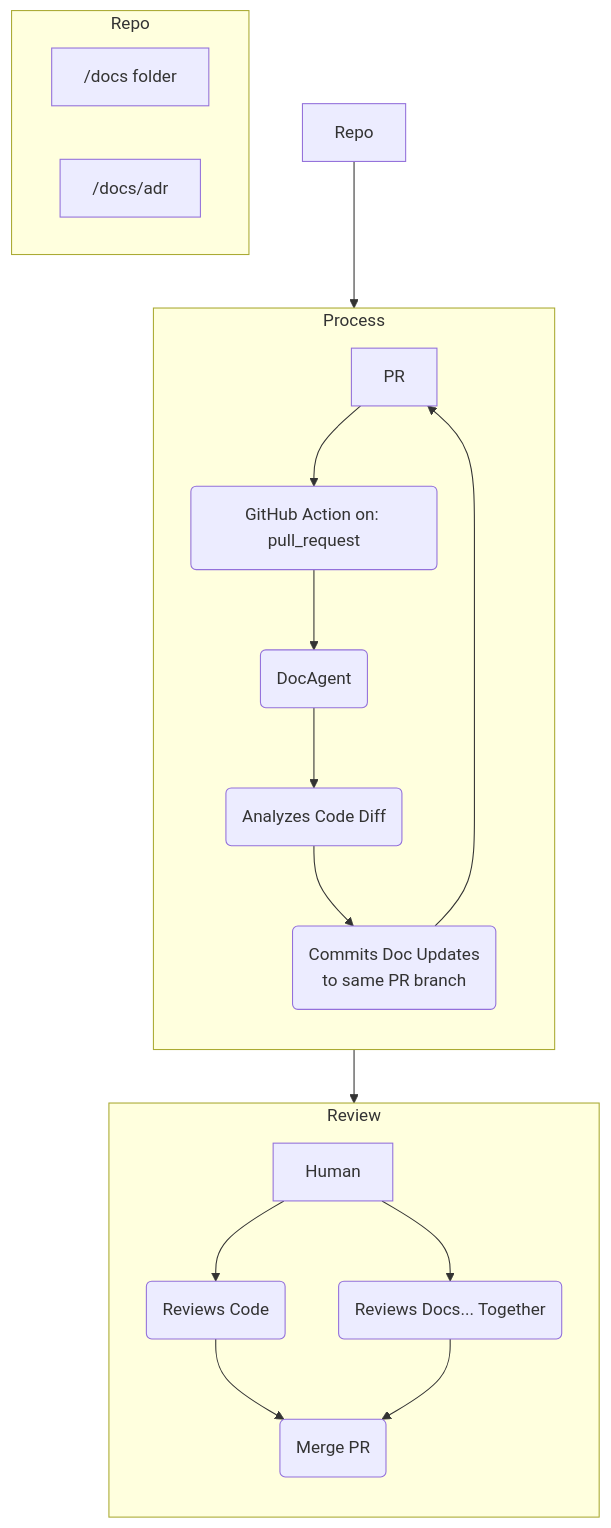
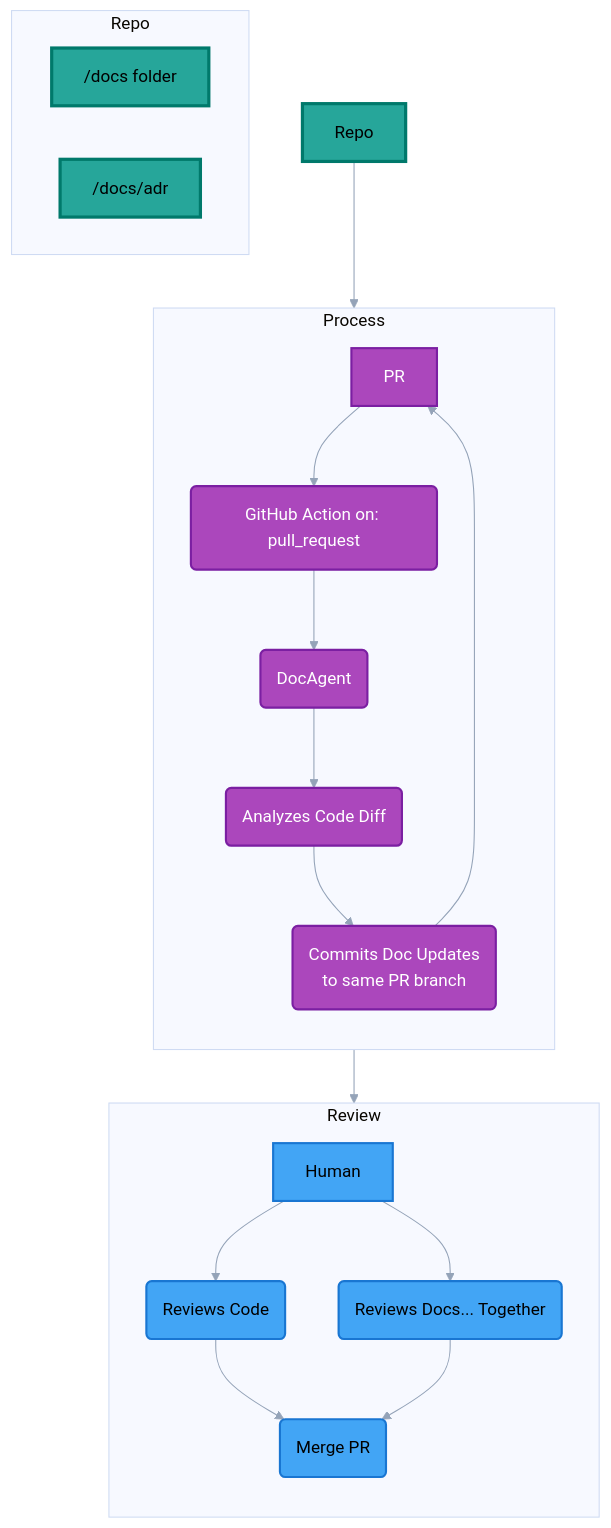
One commit to donbr/github-agentic-om changed the eighth of 8 diagrams in github-native-operating-model.md. Above: the diagram before and after it, drawn with Mermaid. The commit also changed other lines of this file, not shown here.

Commit message:
update operating model mermaid diagrams

````diff
--- a/github-native-operating-model.md
+++ b/github-native-operating-model.md
@@ -505,28 +526,37 @@
 ```mermaid
+%%{init: {"theme":"base", "themeVariables": {"lineColor":"#94a3b8","primaryBorderColor":"#94a3b8","textColor":"#64748b"}}}%%
 graph TD  
     subgraph Repo  
         direction LR  
         DOCS["/docs folder"]  
         ADRS["/docs/adr"]  
     end
 
     subgraph Process  
         direction TB  
         PR --> GHA(GitHub Action on: pull_request);  
         GHA --> DocAgent(DocAgent);  
         DocAgent --> DIFF(Analyzes Code Diff);  
         DIFF --> COMMIT(Commits Doc Updates <br/> to same PR branch);  
         COMMIT --> PR;  
     end
 
     subgraph Review  
         direction TB  
         Human  
         Human --> ReviewCode(Reviews Code);  
         Human --> ReviewDocs(Reviews Docs... Together);  
         ReviewCode & ReviewDocs --> Merge(Merge PR);  
     end
 
     Repo --> GHA;  
     PR --> Human;
+
+    classDef knowledge fill:#26a69a,stroke:#00796b,stroke-width:3px,color:#000000
+    classDef process fill:#ab47bc,stroke:#7b1fa2,stroke-width:2px,color:#ffffff
+    classDef review fill:#42a5f5,stroke:#1976d2,stroke-width:2px,color:#000000
+
+    class Repo,DOCS,ADRS knowledge
+    class Process,PR,GHA,DocAgent,DIFF,COMMIT process
+    class Review,Human,ReviewCode,ReviewDocs,Merge review
 ```
````
